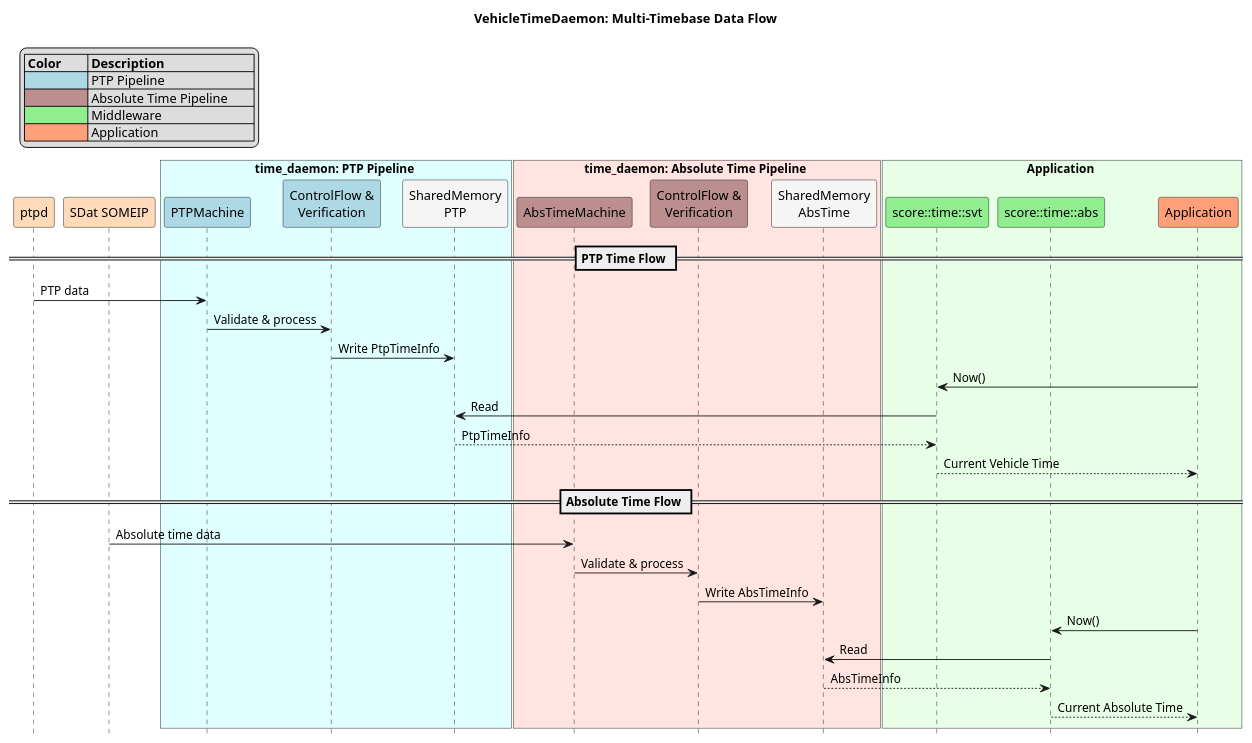
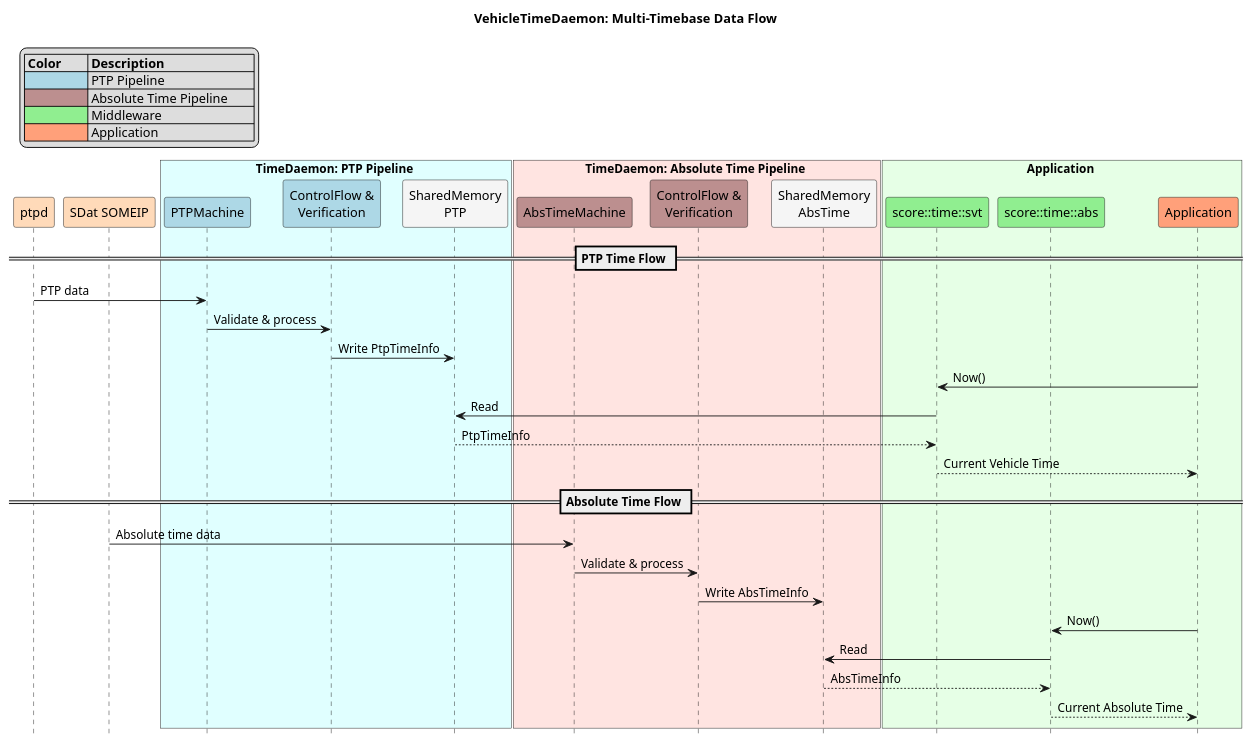
Before and after one commit to eclipse-score/time: the diagram in docs/features/time_daemon/_assets/examples/abs_time/abs_time_data_control_flow.puml, drawn with PlantUML. The commit also changed 25 other files, not shown here.

Commit message:
docs: revert component titles to camelCase in diagrams and RST

```diff
--- a/docs/features/time_daemon/_assets/examples/abs_time/abs_time_data_control_flow.puml
+++ b/docs/features/time_daemon/_assets/examples/abs_time/abs_time_data_control_flow.puml
@@ -1,58 +1,58 @@
 @startuml dd_data_control_flow_diagram
 
 title VehicleTimeDaemon: Multi-Timebase Data Flow
 
 hide footbox
 
 legend top left
     |= Color        |= Description                  |
     |<#LightBlue>   | PTP Pipeline                  |
     |<#RosyBrown>   | Absolute Time Pipeline        |
     |<#LightGreen>  | Middleware                    |
     |<#LightSalmon> | Application                   |
 endlegend
 
 participant "ptpd" as ptpd #PeachPuff
 participant "SDat SOMEIP" as sdat_someip #PeachPuff
 
-box time_daemon: PTP Pipeline #LightCyan
+box TimeDaemon: PTP Pipeline #LightCyan
     participant "PTPMachine" as ptp_machine #LightBlue
     participant "ControlFlow &\nVerification" as ptp_pipeline #LightBlue
     participant "SharedMemory\nPTP" as shmem_ptp #WhiteSmoke
 end box
 
-box time_daemon: Absolute Time Pipeline #MistyRose
+box TimeDaemon: Absolute Time Pipeline #MistyRose
     participant "AbsTimeMachine" as abs_machine #RosyBrown
     participant "ControlFlow &\nVerification" as abs_pipeline #RosyBrown
     participant "SharedMemory\nAbsTime" as shmem_abs #WhiteSmoke
 end box
 
 box Application #e6ffe6
     participant "score::time::svt" as mw_svt #LightGreen
     participant "score::time::abs" as mw_abs #LightGreen
     participant "Application" as app #LightSalmon
 end box
 
 == PTP Time Flow ==
 
 ptpd -> ptp_machine : PTP data
 ptp_machine -> ptp_pipeline : Validate & process
 ptp_pipeline -> shmem_ptp : Write PtpTimeInfo
 
 app -> mw_svt : Now()
 mw_svt -> shmem_ptp : Read
 shmem_ptp --> mw_svt : PtpTimeInfo
 mw_svt --> app : Current Vehicle Time
 
 == Absolute Time Flow ==
 
 sdat_someip -> abs_machine : Absolute time data
 abs_machine -> abs_pipeline : Validate & process
 abs_pipeline -> shmem_abs : Write AbsTimeInfo
 
 app -> mw_abs : Now()
 mw_abs -> shmem_abs : Read
 shmem_abs --> mw_abs : AbsTimeInfo
 mw_abs --> app : Current Absolute Time
 
 @enduml
```
